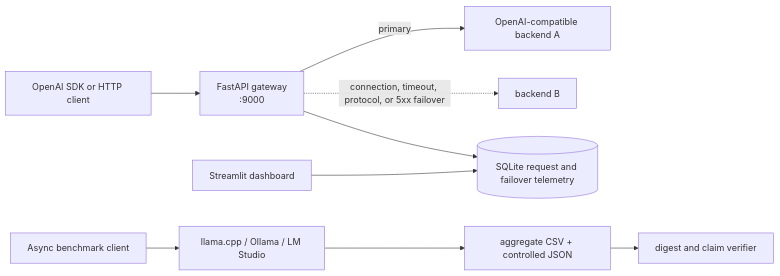
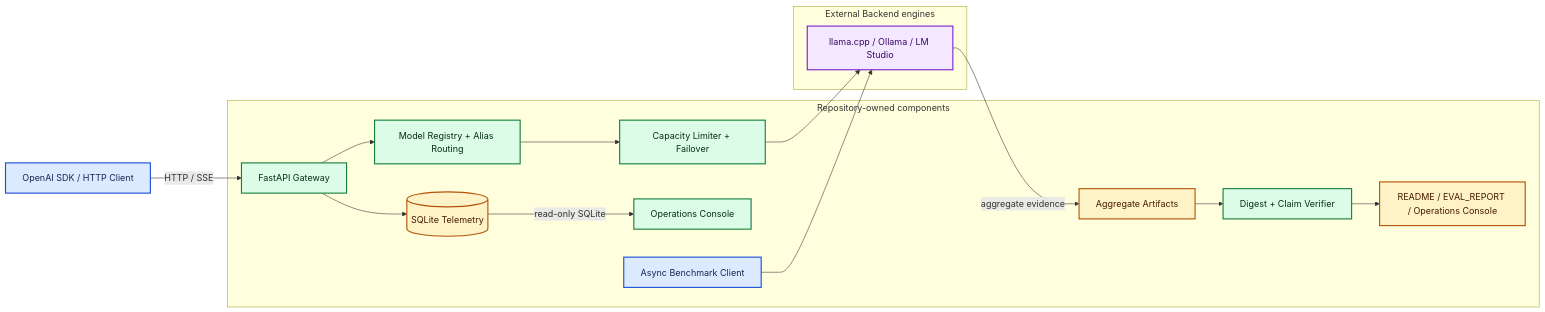
One commit to kuotunyu/local-inference-bench-gateway changed the first of 3 diagrams in README.md. Above: the diagram before and after it, drawn with Mermaid. The commit also changed other lines of this file and 1 other file, not shown here.

````diff
--- a/README.md
+++ b/README.md
@@ -81,11 +26,40 @@
 ```mermaid
 flowchart LR
-    Client["OpenAI SDK or HTTP client"] --> Gateway["FastAPI gateway\n:9000"]
-    Gateway -->|"primary"| BackendA["OpenAI-compatible backend A"]
-    Gateway -.->|"connection, timeout, protocol, or 5xx failover"| BackendB["backend B"]
-    Gateway --> DB[("SQLite request and failover telemetry")]
-    Dashboard["Streamlit dashboard"] --> DB
-    Bench["Async benchmark client"] --> Engines["llama.cpp / Ollama / LM Studio"]
-    Engines --> Aggregates["aggregate CSV + controlled JSON"]
-    Aggregates --> Claims["digest and claim verifier"]
+    Client["OpenAI SDK / HTTP Client"]
+
+    subgraph Repo["Repository-owned components"]
+        Gateway["FastAPI Gateway"]
+        Registry["Model Registry + Alias Routing"]
+        Capacity["Capacity Limiter + Failover"]
+        Telemetry[("SQLite Telemetry")]
+        Console["Operations Console"]
+        Bench["Async Benchmark Client"]
+        Aggregates["Aggregate Artifacts"]
+        Verifier["Digest + Claim Verifier"]
+        Surfaces["README / EVAL_REPORT / Operations Console"]
+    end
+
+    subgraph External["External Backend engines"]
+        Engines["llama.cpp / Ollama / LM Studio"]
+    end
+
+    Client -->|"HTTP / SSE"| Gateway
+    Gateway --> Registry
+    Registry --> Capacity
+    Capacity --> Engines
+    Gateway --> Telemetry
+    Telemetry -->|"read-only SQLite"| Console
+    Bench --> Engines
+    Engines -->|"aggregate evidence"| Aggregates
+    Aggregates --> Verifier
+    Verifier --> Surfaces
+
+    classDef actor fill:#DBEAFE,stroke:#1D4ED8,stroke-width:2px,color:#172554;
+    classDef runtime fill:#DCFCE7,stroke:#15803D,stroke-width:2px,color:#052E16;
+    classDef data fill:#FEF3C7,stroke:#B45309,stroke-width:2px,color:#451A03;
+    classDef external fill:#F3E8FF,stroke:#7E22CE,stroke-width:2px,color:#3B0764;
+    class Client,Bench actor;
+    class Gateway,Registry,Capacity,Console,Verifier runtime;
+    class Telemetry,Aggregates,Surfaces data;
+    class Engines external;
 ```
````
